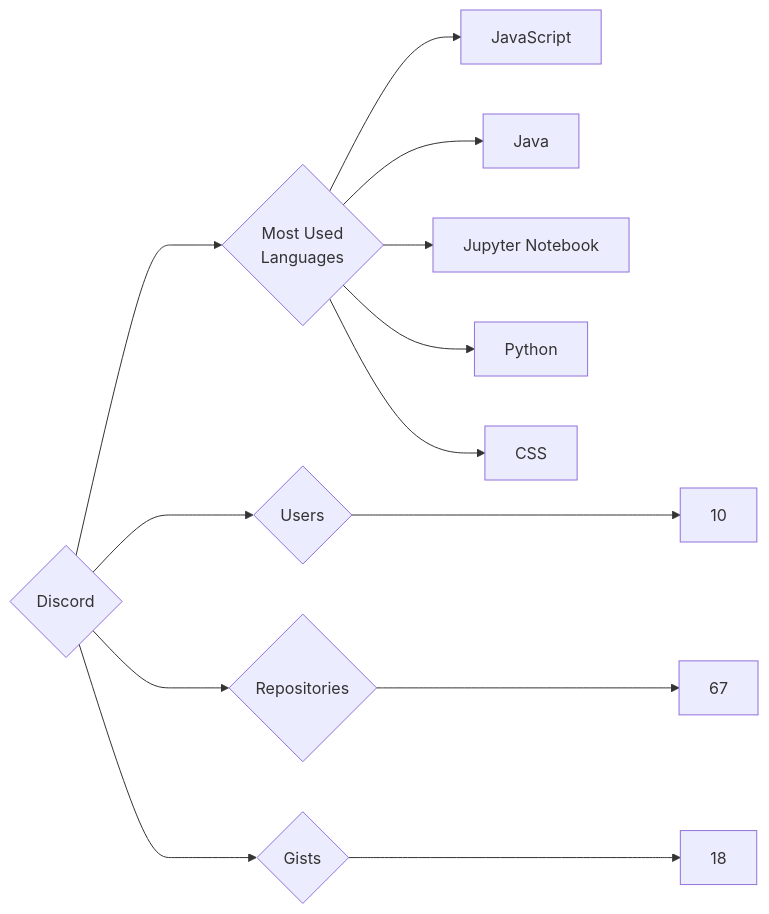
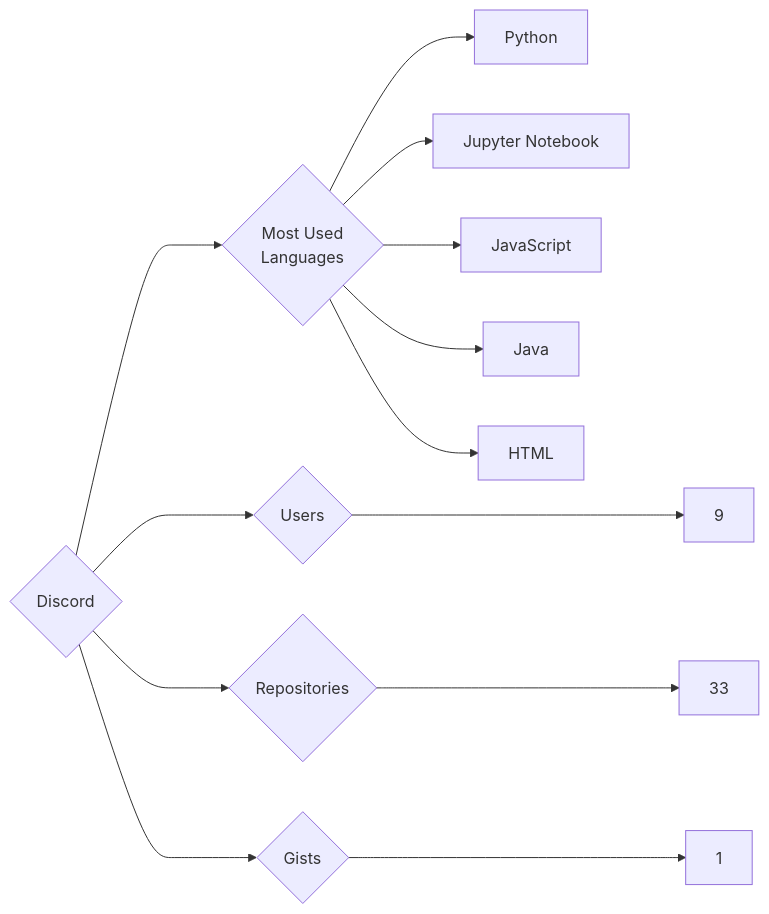
Before and after one commit to trickest/insiders: the diagram in targets/Discord/README.md, drawn with Mermaid. The commit also changed 933 other files, not shown here.

````diff
--- a/targets/Discord/README.md
+++ b/targets/Discord/README.md
@@ -3,13 +3,13 @@
 ```mermaid
 graph LR
 COMPANY_NAME{Discord}
-COMPANY_NAME ---> U{Users} ---> UN[10]
-COMPANY_NAME ---> R{Repositories} ---> RN[67]
-COMPANY_NAME ---> G{Gists} ---> GN[18]
+COMPANY_NAME ---> U{Users} ---> UN[9]
+COMPANY_NAME ---> R{Repositories} ---> RN[33]
+COMPANY_NAME ---> G{Gists} ---> GN[1]
 COMPANY_NAME ---> ML{Most Used<br>Languages}
+ML --> Python[Python]
+ML --> Jupyter_Notebook[Jupyter Notebook]
 ML --> JavaScript[JavaScript]
 ML --> Java[Java]
-ML --> Jupyter_Notebook[Jupyter Notebook]
-ML --> Python[Python]
-ML --> CSS[CSS]
+ML --> HTML[HTML]
 ```
````
